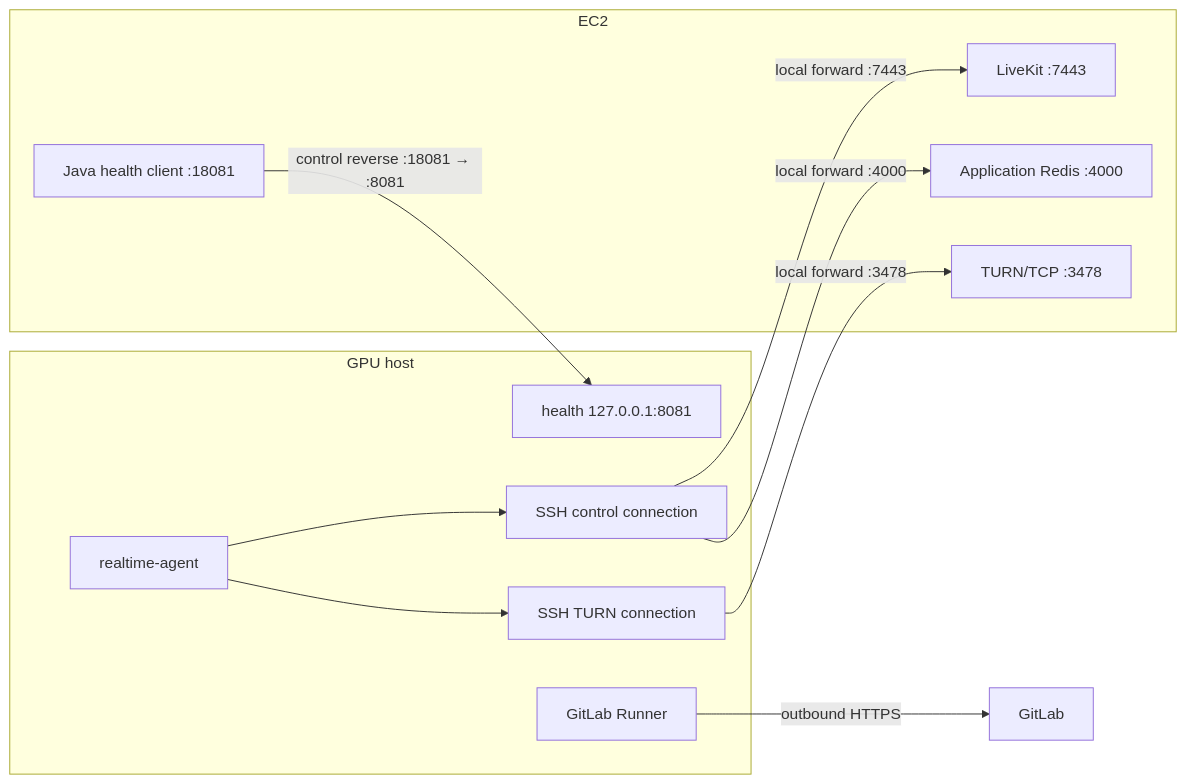
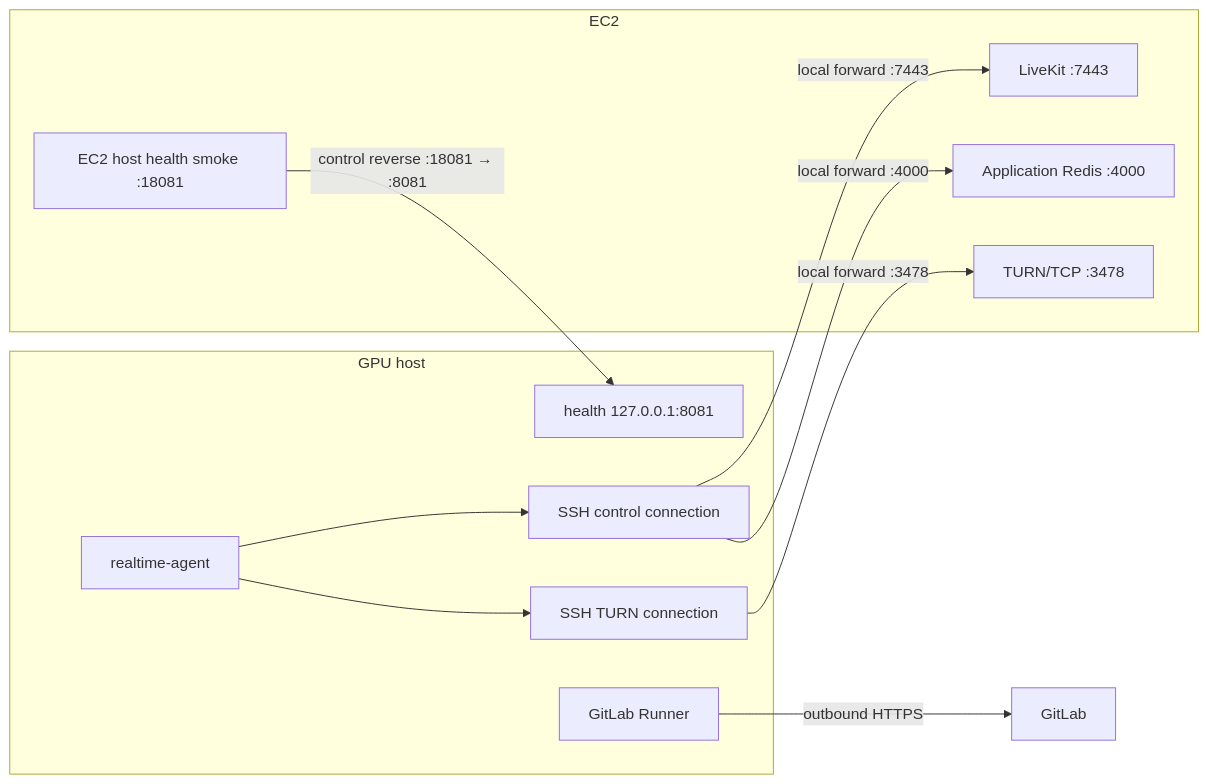
The diagram in ai/realtime-agent/deploy/README.md (thdwjdrl401/jiphyeonjeon), drawn with Mermaid before and after one commit. The commit also changed other lines of this file and 13 other files, not shown here.

````diff
--- a/ai/realtime-agent/deploy/README.md
+++ b/ai/realtime-agent/deploy/README.md
@@ -115,23 +115,23 @@
 ```mermaid
 flowchart LR
     subgraph GPU[GPU host]
         A[realtime-agent]
         H[health 127.0.0.1:8081]
         C[SSH control connection]
         M[SSH TURN connection]
         R[GitLab Runner]
     end
     subgraph EC2[EC2]
         L[LiveKit :7443]
         D[Application Redis :4000]
         T[TURN/TCP :3478]
-        J[Java health client :18081]
+        E[EC2 host health smoke :18081]
     end
     A --> C
     A --> M
     C -->|local forward :7443| L
     C -->|local forward :4000| D
     M -->|local forward :3478| T
-    J -->|control reverse :18081 → :8081| H
+    E -->|control reverse :18081 → :8081| H
     R -->|outbound HTTPS| G[GitLab]
 ```
````
